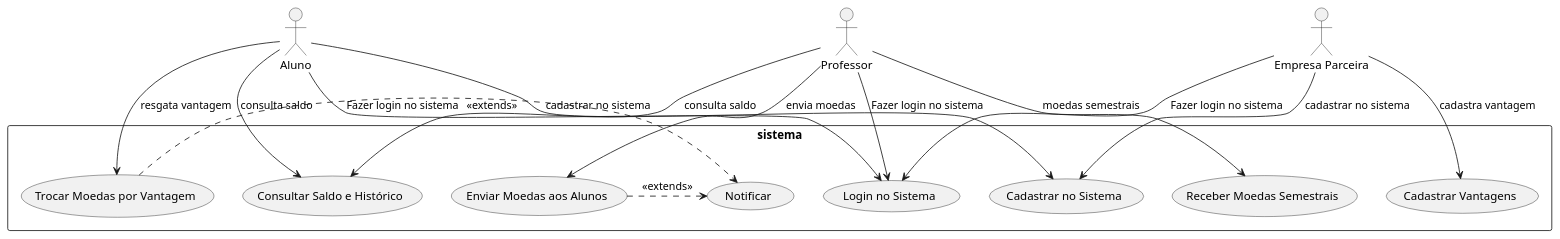
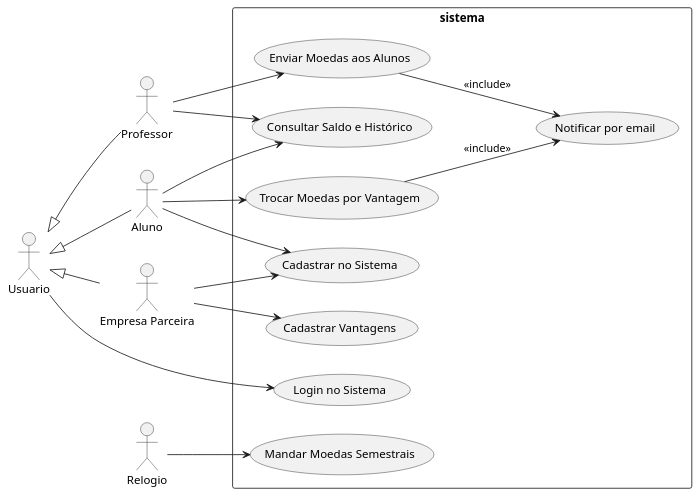
The diagram in project/diagramaDeCasosDeUso.puml (liviabontempol/LDS-projeto3), drawn with PlantUML before and after one commit.

```diff
--- a/project/diagramaDeCasosDeUso.puml
+++ b/project/diagramaDeCasosDeUso.puml
@@ -1,34 +1,39 @@
 @startuml
+left to right direction
 actor "Aluno" as aluno
 actor "Professor" as professor
 actor "Empresa Parceira" as empresa
+actor "Usuario" as usuario
+actor "Relogio" as relogio
 
 rectangle  sistema {
     usecase "Cadastrar no Sistema" as Cadastrar
     usecase "Login no Sistema" as Login
     usecase "Consultar Saldo e Histórico" as Saldo
     usecase "Trocar Moedas por Vantagem" as Resgate
     usecase "Enviar Moedas aos Alunos" as Enviar
     usecase "Cadastrar Vantagens" as Vantagem
-    usecase "Notificar" as Notificacao
-    usecase "Receber Moedas Semestrais" as Receber
+    usecase "Notificar por email" as Notificacao
+    usecase "Mandar Moedas Semestrais" as Receber
 
-    aluno --> Cadastrar : cadastrar no sistema
-    aluno --> Login : Fazer login no sistema 
-    aluno --> Saldo : consulta saldo
-    aluno --> Resgate : resgata vantagem
-    professor --> Login : Fazer login no sistema
-    professor --> Saldo : consulta saldo 
-    professor --> Enviar : envia moedas
-    professor --> Receber : moedas semestrais 
-    empresa --> Cadastrar : cadastrar no sistema
-    empresa --> Login : Fazer login no sistema 
-    empresa --> Vantagem : cadastra vantagem
+usuario <|-- aluno
+usuario <|-- professor
+usuario <|-- empresa
+
+    aluno --> Cadastrar 
+    usuario --> Login 
+    aluno --> Saldo 
+    aluno --> Resgate 
+    professor --> Saldo 
+    professor --> Enviar 
+    relogio --> Receber 
+    empresa --> Cadastrar 
+    empresa --> Vantagem 
     
     
 
 
-    Resgate .> Notificacao : <<extends>>
-    Enviar .> Notificacao : <<extends>>
+    Resgate --> Notificacao : <<include>>
+    Enviar --> Notificacao : <<include>>
 }
 @enduml
```
